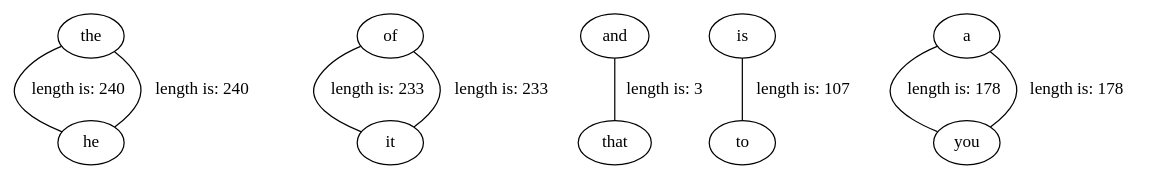
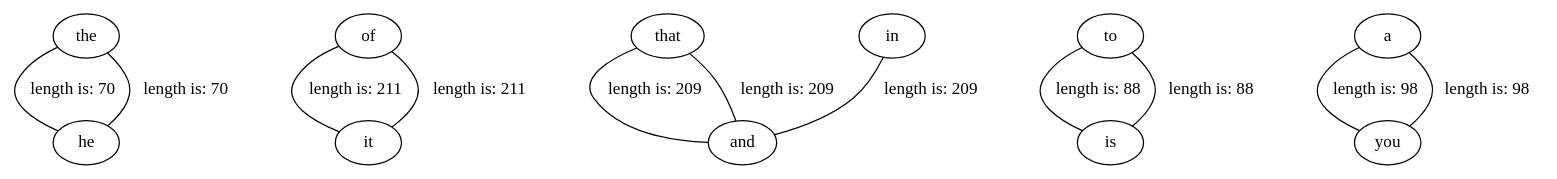
The diagram in P6_RMC170_Carlstrom/graph.dot (InvincibleRMC/CSDS233), drawn with Graphviz before and after one commit. The commit also changed 1 other file, not shown here.

```diff
--- a/P6_RMC170_Carlstrom/graph.dot
+++ b/P6_RMC170_Carlstrom/graph.dot
@@ -1,12 +1,14 @@
 // dot file of graph
 graph graphname {
-the -- he [label="length is: 240"]
-of -- it [label="length is: 233"]
-he -- the [label="length is: 240"]
-and -- that [label="length is: 3"]
-is -- to [label="length is: 107"]
-it -- of [label="length is: 233"]
-a -- you [label="length is: 178"]
-you -- a [label="length is: 178"]
+the -- he [label="length is: 70"]
+of -- it [label="length is: 211"]
+that -- and [label="length is: 209"]
+he -- the [label="length is: 70"]
+in -- and -- that [label="length is: 209"]
+to -- is [label="length is: 88"]
+is -- to [label="length is: 88"]
+it -- of [label="length is: 211"]
+a -- you [label="length is: 98"]
+you -- a [label="length is: 98"]
 
 }
```
